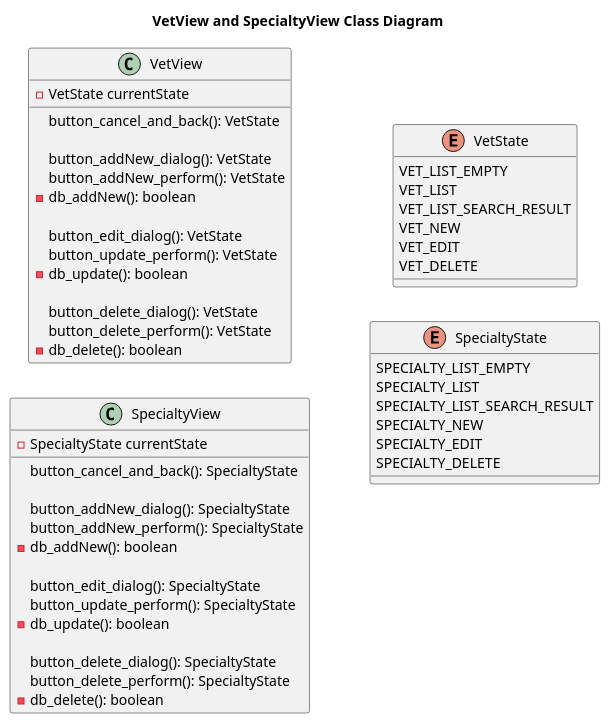
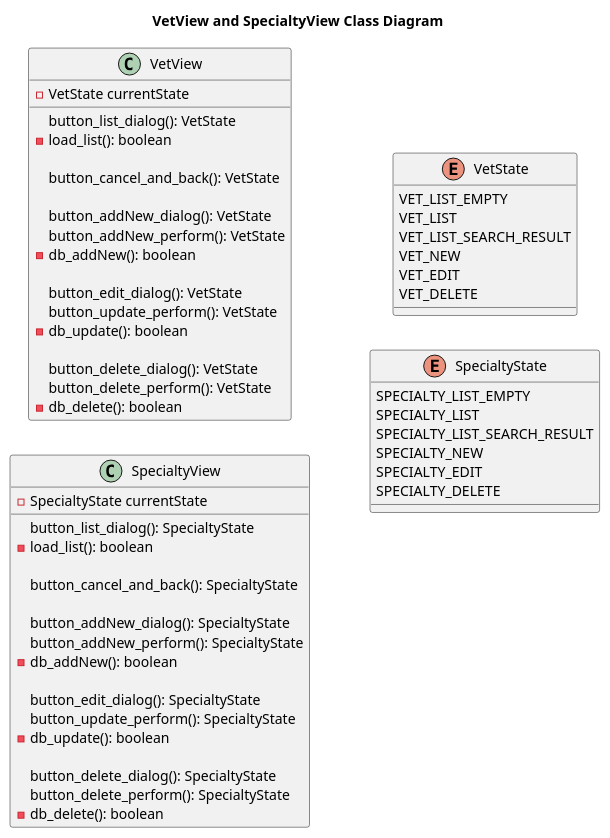
Before and after one commit to Jakarta-EE-Petclinic/petclinic-uml: the diagram in puml/vet/implementation/View__Class.puml, drawn with PlantUML. The commit also changed 2 other files, not shown here.

```diff
--- a/puml/vet/implementation/View__Class.puml
+++ b/puml/vet/implementation/View__Class.puml
@@ -1,66 +1,72 @@
 @startuml
 'https://plantuml.com/class-diagram
 
 title VetView and SpecialtyView Class Diagram
 
 left to right direction
 'top to bottom direction
 
 
 class VetView {
 
     - VetState currentState
+
+    button_list_dialog(): VetState
+    - load_list(): boolean
 
     button_cancel_and_back(): VetState
 
     button_addNew_dialog(): VetState
     button_addNew_perform(): VetState
     - db_addNew(): boolean
 
     button_edit_dialog(): VetState
     button_update_perform(): VetState
     - db_update(): boolean
 
     button_delete_dialog(): VetState
     button_delete_perform(): VetState
     - db_delete(): boolean
 }
 
 class SpecialtyView {
 
     - SpecialtyState currentState
+
+    button_list_dialog(): SpecialtyState
+    - load_list(): boolean
 
     button_cancel_and_back(): SpecialtyState
 
     button_addNew_dialog(): SpecialtyState
     button_addNew_perform(): SpecialtyState
     - db_addNew(): boolean
 
     button_edit_dialog(): SpecialtyState
     button_update_perform(): SpecialtyState
     - db_update(): boolean
 
     button_delete_dialog(): SpecialtyState
     button_delete_perform(): SpecialtyState
     - db_delete(): boolean
 }
 
 enum VetState {
     VET_LIST_EMPTY
     VET_LIST
     VET_LIST_SEARCH_RESULT
     VET_NEW
     VET_EDIT
     VET_DELETE
 }
 
 enum SpecialtyState {
     SPECIALTY_LIST_EMPTY
     SPECIALTY_LIST
     SPECIALTY_LIST_SEARCH_RESULT
     SPECIALTY_NEW
     SPECIALTY_EDIT
     SPECIALTY_DELETE
 }
 
 @enduml
```
